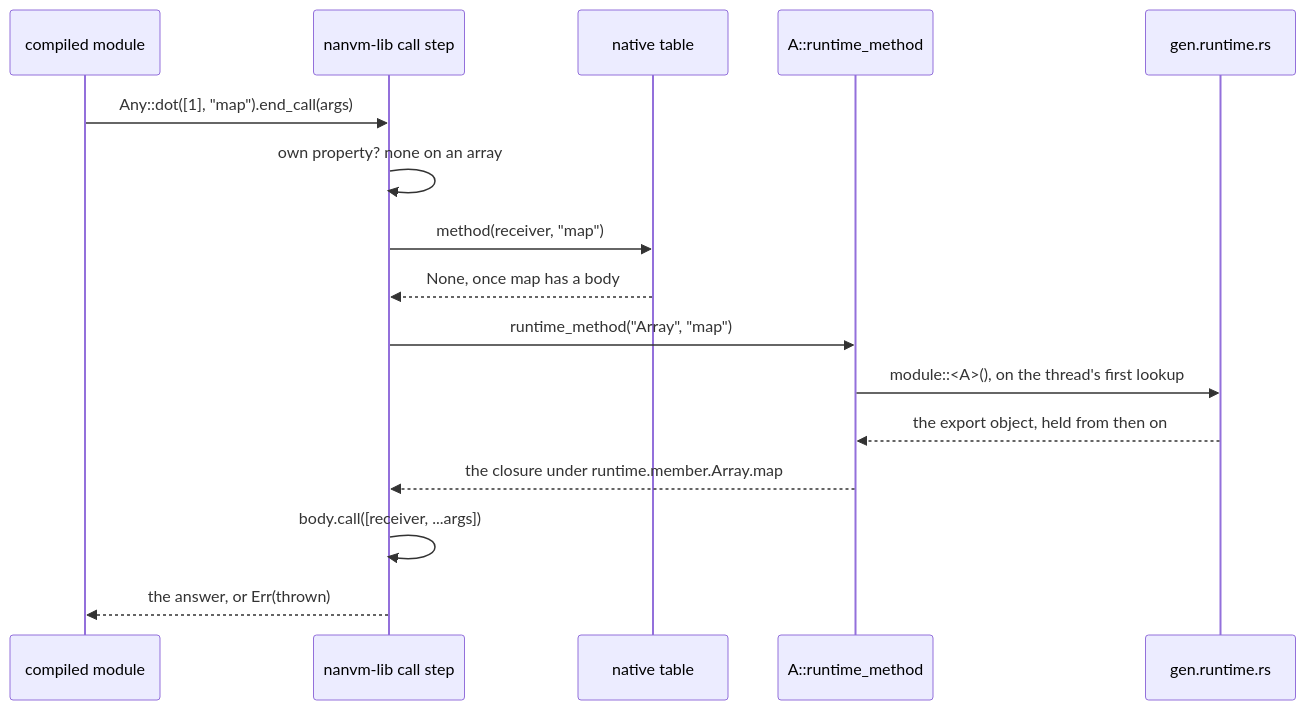
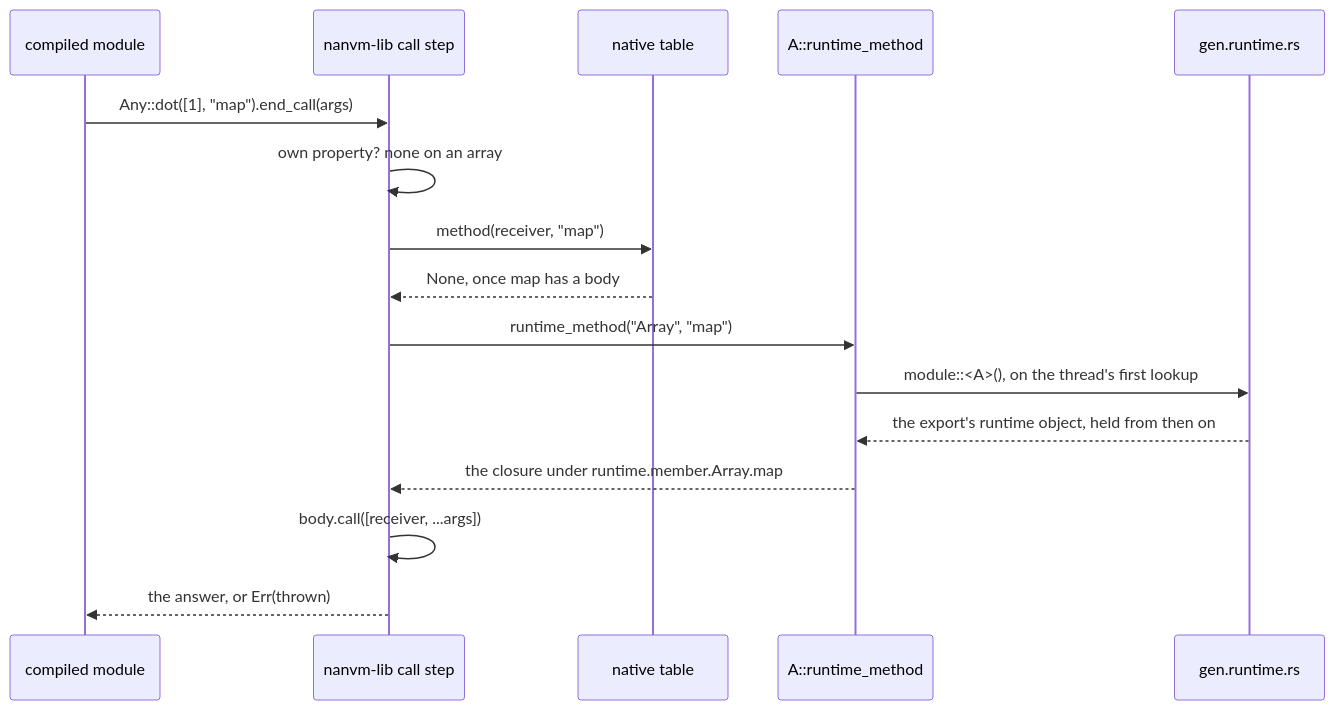
The second of 2 diagrams in fjs/js/runtime/README.md (functionalscript/functionalscript), drawn with Mermaid before and after one commit. The commit also changed 3 other files, not shown here.

````diff
--- a/fjs/js/runtime/README.md
+++ b/fjs/js/runtime/README.md
@@ -141,18 +141,18 @@
 ```mermaid
 sequenceDiagram
     participant M as compiled module
     participant L as nanvm-lib call step
     participant T as native table
     participant A as A::runtime_method
     participant R as gen.runtime.rs
     M->>L: Any::dot([1], "map").end_call(args)
     L->>L: own property? none on an array
     L->>T: method(receiver, "map")
     T-->>L: None, once map has a body
     L->>A: runtime_method("Array", "map")
     A->>R: module::<A>(), on the thread's first lookup
-    R-->>A: the export object, held from then on
+    R-->>A: the export's runtime object, held from then on
     A-->>L: the closure under runtime.member.Array.map
     L->>L: body.call([receiver, ...args])
     L-->>M: the answer, or Err(thrown)
 ```
````
